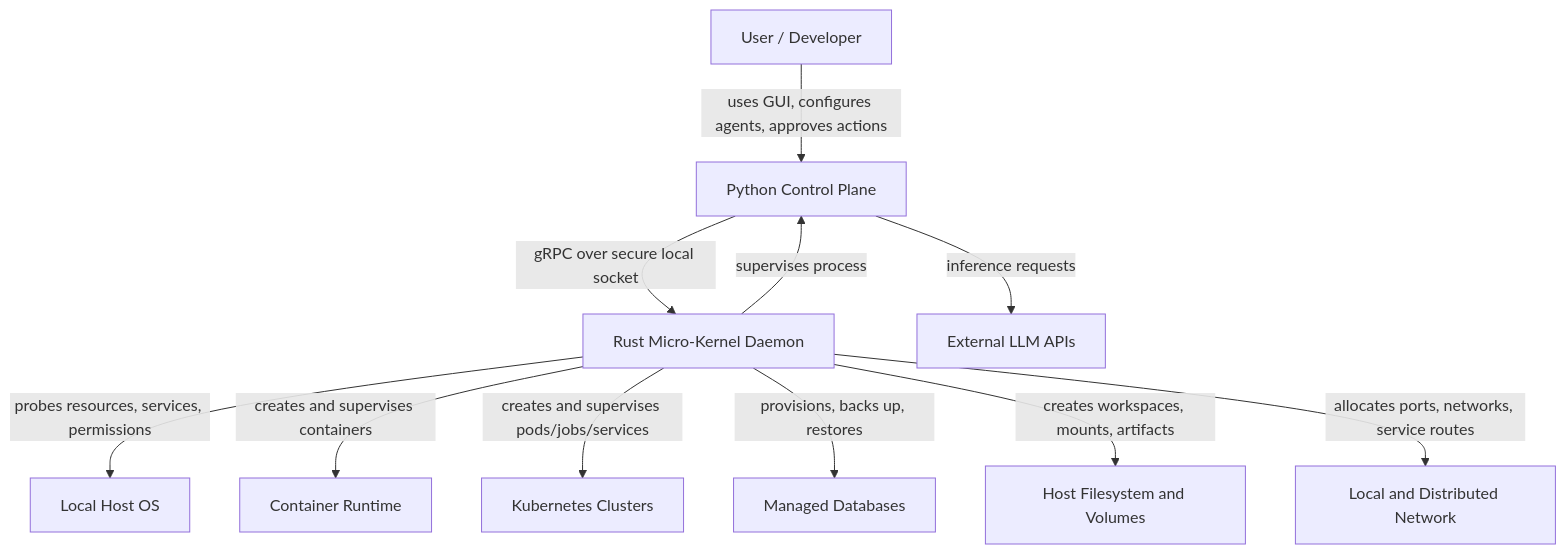
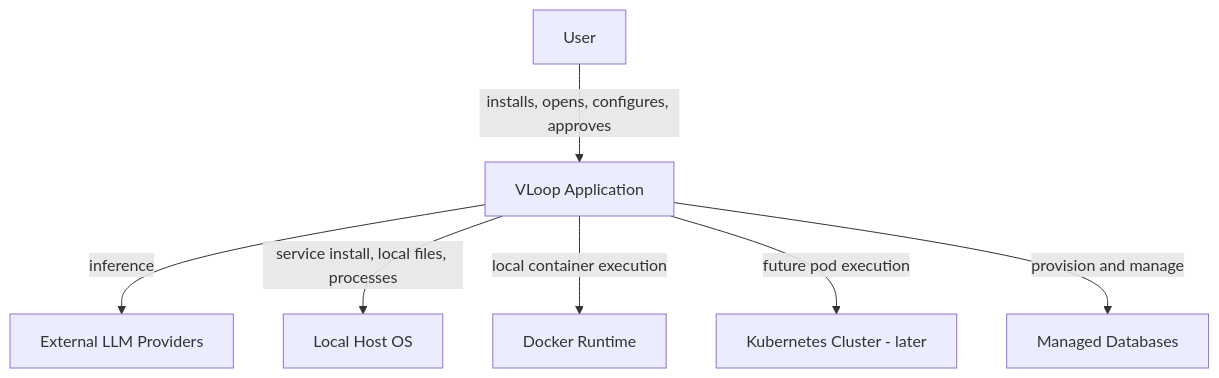
The first of 4 diagrams in docs/fix-plan.md (Psyborgs-git/Vloop-harness), drawn with Mermaid before and after one commit. The commit also changed other lines of this file and 182 other files, not shown here.

````diff
--- a/docs/fix-plan.md
+++ b/docs/fix-plan.md
@@ -133,24 +74,17 @@
 ```mermaid
 flowchart TD
-    User[User / Developer]
-    PythonCP[Python Control Plane]
-    RustKernel[Rust Micro-Kernel Daemon]
-    LLM[External LLM APIs]
-    HostOS[Local Host OS]
-    Runtime[Container Runtime]
-    K8s[Kubernetes Clusters]
+    User[User]
+    VLoop[VLoop Application]
+    LLM[External LLM Providers]
+    Host[Local Host OS]
+    Docker[Docker Runtime]
+    K8s[Kubernetes Cluster - later]
     DBs[Managed Databases]
-    Network[Local and Distributed Network]
-    FS[Host Filesystem and Volumes]
 
-    User -->|uses GUI, configures agents, approves actions| PythonCP
-    PythonCP -->|inference requests| LLM
-    PythonCP -->|gRPC over secure local socket| RustKernel
-    RustKernel -->|supervises process| PythonCP
-    RustKernel -->|probes resources, services, permissions| HostOS
-    RustKernel -->|creates and supervises containers| Runtime
-    RustKernel -->|creates and supervises pods/jobs/services| K8s
-    RustKernel -->|provisions, backs up, restores| DBs
-    RustKernel -->|creates workspaces, mounts, artifacts| FS
-    RustKernel -->|allocates ports, networks, service routes| Network
+    User -->|installs, opens, configures, approves| VLoop
+    VLoop -->|inference| LLM
+    VLoop -->|service install, local files, processes| Host
+    VLoop -->|local container execution| Docker
+    VLoop -->|future pod execution| K8s
+    VLoop -->|provision and manage| DBs
 ```
````
